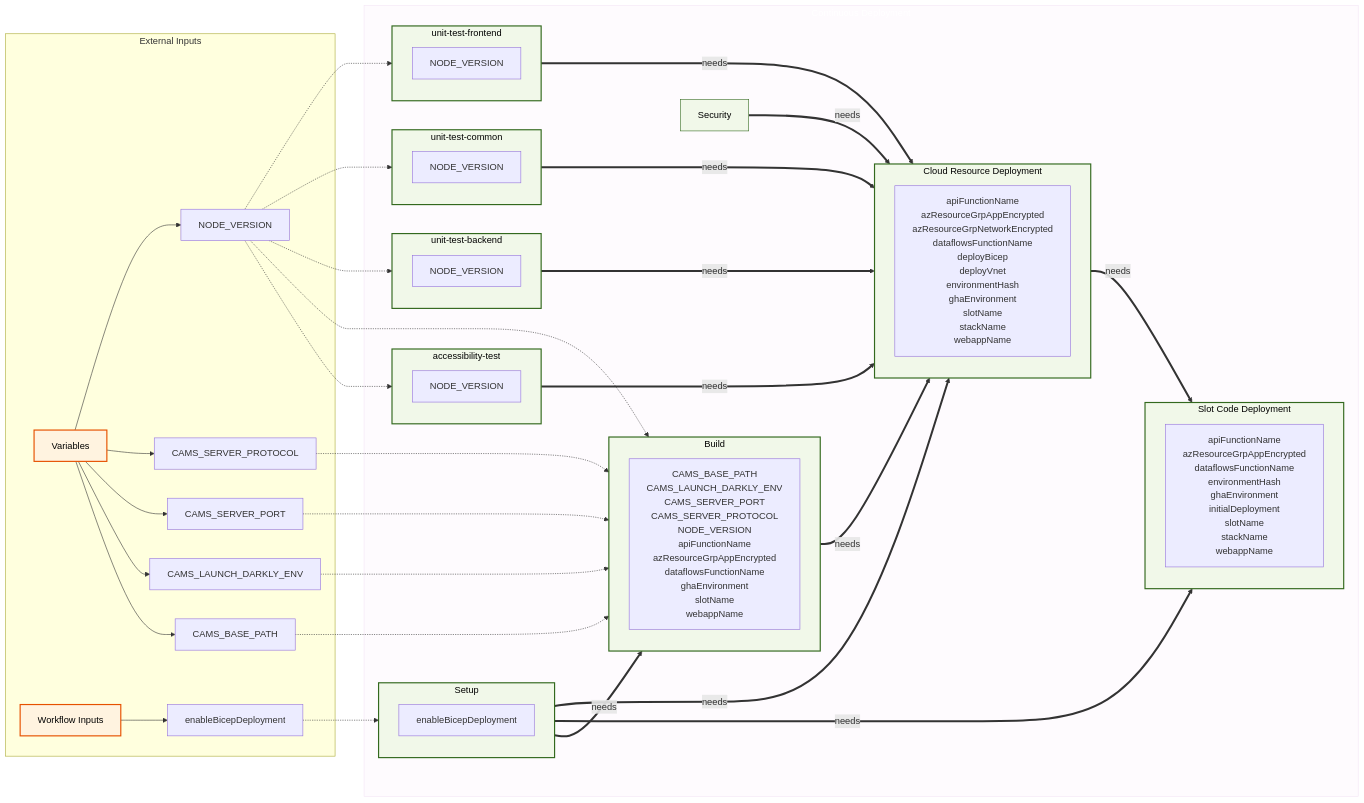
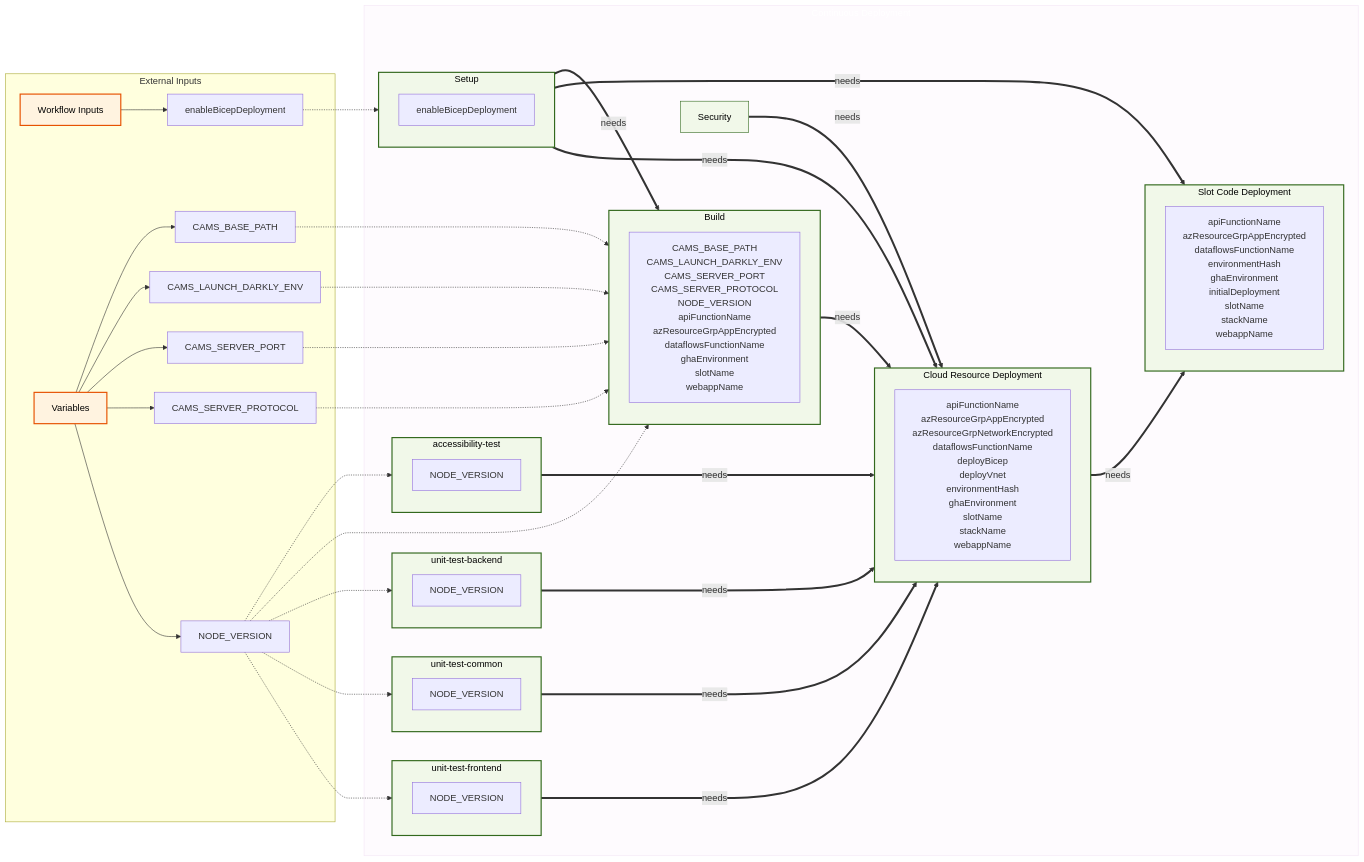
One commit to US-Trustee-Program/Bankruptcy-Oversight-Support-Systems changed the seventh of 22 diagrams in docs/operations/workflow-diagram.md. Above: the diagram before and after it, drawn with Mermaid. The commit also changed other lines of this file, not shown here.

Commit message:
Update workflow diagram

````diff
--- a/docs/operations/workflow-diagram.md
+++ b/docs/operations/workflow-diagram.md
@@ -294,14 +294,14 @@
 ```mermaid
 flowchart LR
     subgraph "External Inputs"
+        Workflow_Inputs["Workflow Inputs"]
+        Workflow_Inputs_enableBicepDeployment["enableBicepDeployment"]
         Variables["Variables"]
+        Variables_CAMS_SERVER_PROTOCOL["CAMS_SERVER_PROTOCOL"]
         Variables_CAMS_BASE_PATH["CAMS_BASE_PATH"]
         Variables_CAMS_LAUNCH_DARKLY_ENV["CAMS_LAUNCH_DARKLY_ENV"]
+        Variables_NODE_VERSION["NODE_VERSION"]
         Variables_CAMS_SERVER_PORT["CAMS_SERVER_PORT"]
-        Variables_CAMS_SERVER_PROTOCOL["CAMS_SERVER_PROTOCOL"]
-        Variables_NODE_VERSION["NODE_VERSION"]
-        Workflow_Inputs["Workflow Inputs"]
-        Workflow_Inputs_enableBicepDeployment["enableBicepDeployment"]
     end
 
     subgraph continuous_deployment_workflow["Continuous Deployment"]
@@ -364,15 +364,15 @@
     classDef mainWorkflow fill:#f3e5f5,fill-opacity:0.15,stroke:#f3e5f5,stroke-width:1px,color:#ffffff
     classDef jobSubgraph fill:#f1f8e9,stroke:#33691e,stroke-width:2px,color:#000000
     class continuous_deployment_workflow mainWorkflow
+    class Workflow_Inputs external
     class Variables external
-    class Workflow_Inputs external
+    class setup_subgraph jobSubgraph
     class accessibility_test_subgraph jobSubgraph
+    class unit_test_frontend_subgraph jobSubgraph
+    class unit_test_backend_subgraph jobSubgraph
+    class unit_test_common_subgraph jobSubgraph
+    class security_scan job
     class build_subgraph jobSubgraph
     class deploy_subgraph jobSubgraph
     class deploy_code_slot_subgraph jobSubgraph
-    class security_scan job
-    class setup_subgraph jobSubgraph
-    class unit_test_backend_subgraph jobSubgraph
-    class unit_test_common_subgraph jobSubgraph
-    class unit_test_frontend_subgraph jobSubgraph
 ```
````
